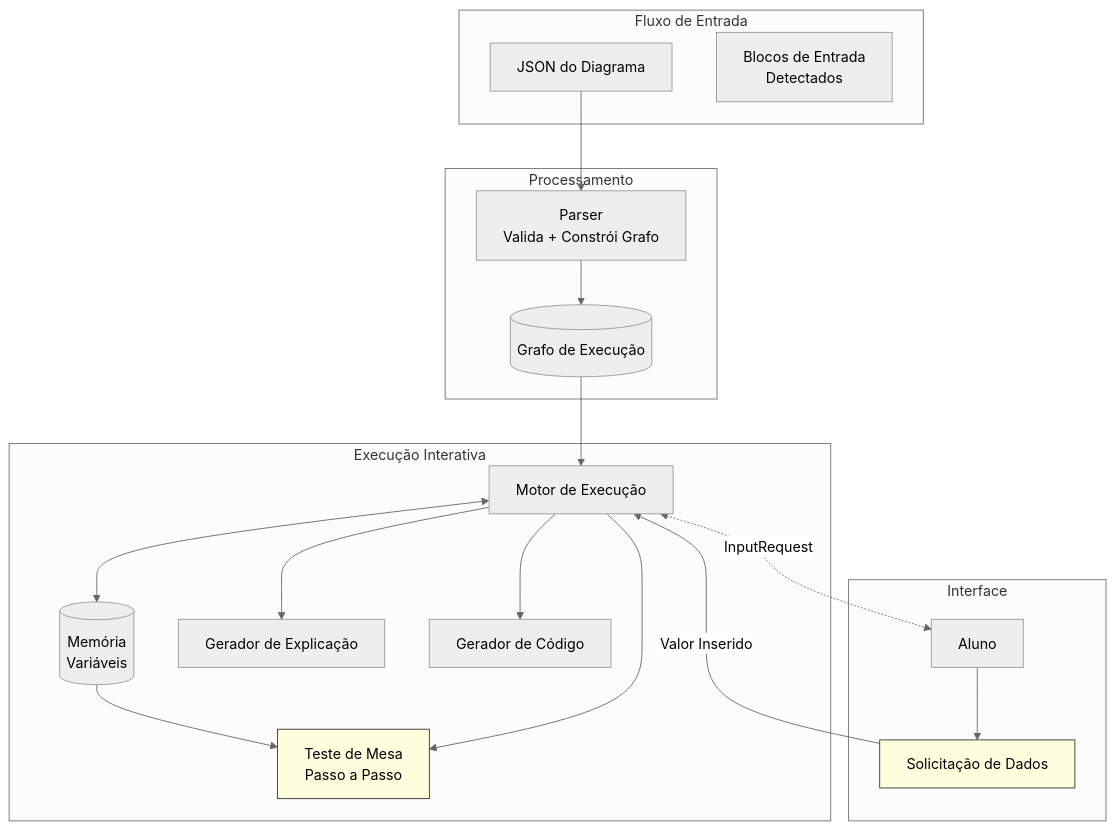
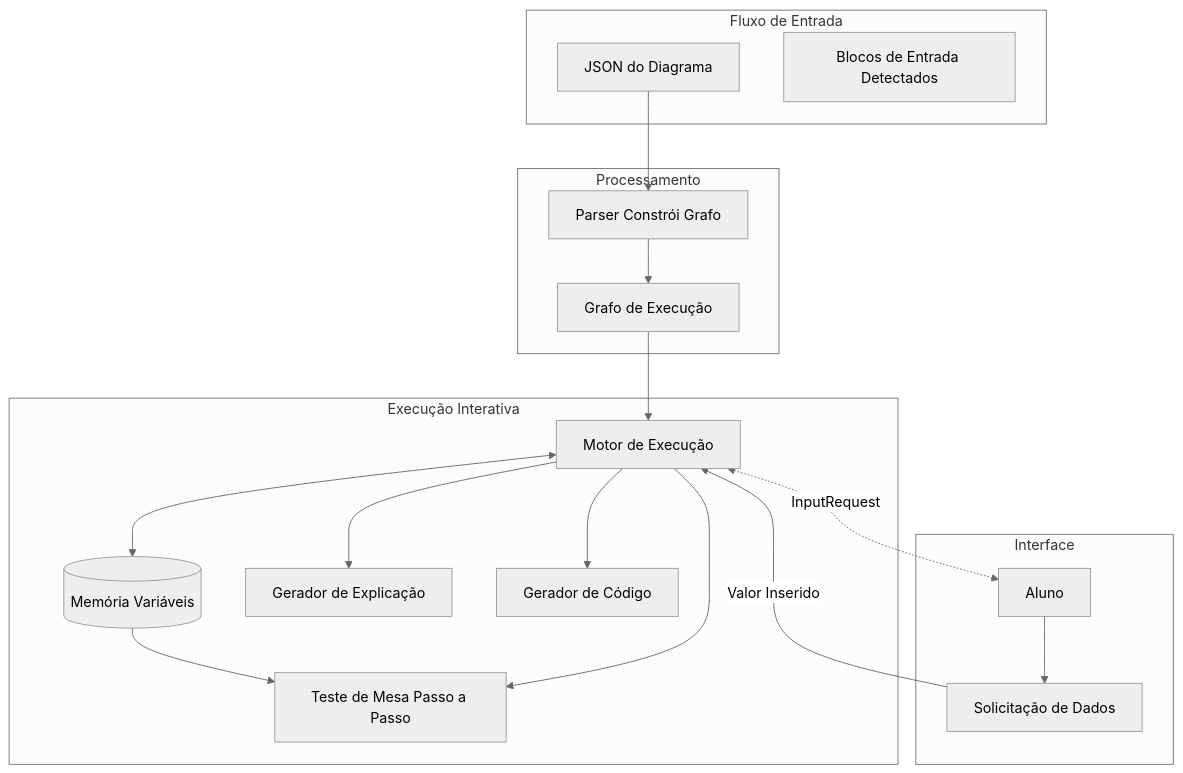
Before and after one commit to si-utfpr-gp/blade: the third of 7 diagrams in docs/ssd.md, drawn with Mermaid (neutral theme). The commit also changed other lines of this file and 6 other files, not shown here.

First line of the commit message:
@lucasgfaj/feat/parser-json-diagram-execution-graph (#63)

````diff
--- a/docs/ssd.md
+++ b/docs/ssd.md
@@ -239,40 +226,33 @@
 ```mermaid
-flowchart TB
+graph TB
     subgraph Input["Fluxo de Entrada"]
         JSON[JSON do Diagrama]
-        INPUT_BLOCK[Blocos de Entrada<br/>Detectados]
+        INPUT_BLOCK[Blocos de Entrada Detectados]
     end
-
     subgraph Processing["Processamento"]
-        P[Parser<br/>Valida + Constrói Grafo]
-        GRAPH[(Grafo de Execução)]
+        P[Parser Constrói Grafo]
+        GRAPH[Grafo de Execução]
     end
-
     subgraph Execution["Execução Interativa"]
         EXE[Motor de Execução]
-        MEM[(Memória<br/>Variáveis)]
-        TM[Teste de Mesa<br/>Passo a Passo]
+        MEM[(Memória Variáveis)]
+        TM[Teste de Mesa Passo a Passo]
         EXP[Gerador de Explicação]
         CODE[Gerador de Código]
     end
-
     subgraph UI["Interface"]
         A[Aluno]
         INPUT_UI[Solicitação de Dados]
     end
-
     JSON --> P
     P --> GRAPH
     GRAPH --> EXE
     EXE <--> MEM
     MEM --> TM
     EXE --> TM
     EXE --> EXP
     EXE --> CODE
     EXE <-.->|"InputRequest"| A
     A --> INPUT_UI
     INPUT_UI -->|"Valor Inserido"| EXE
-
-    style TM fill:#ffd,stroke:#333
-    style INPUT_UI fill:#ffd,stroke:#333
 ```
````
